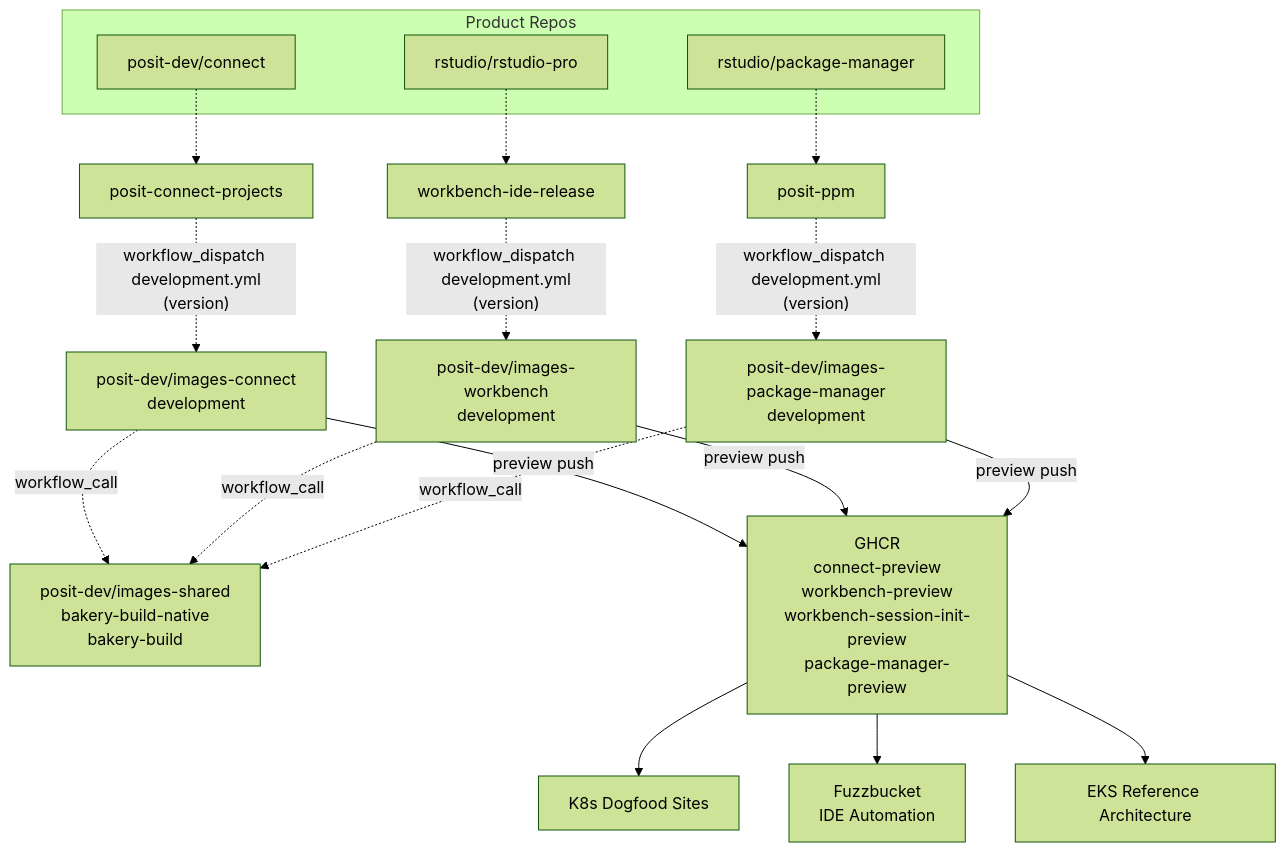
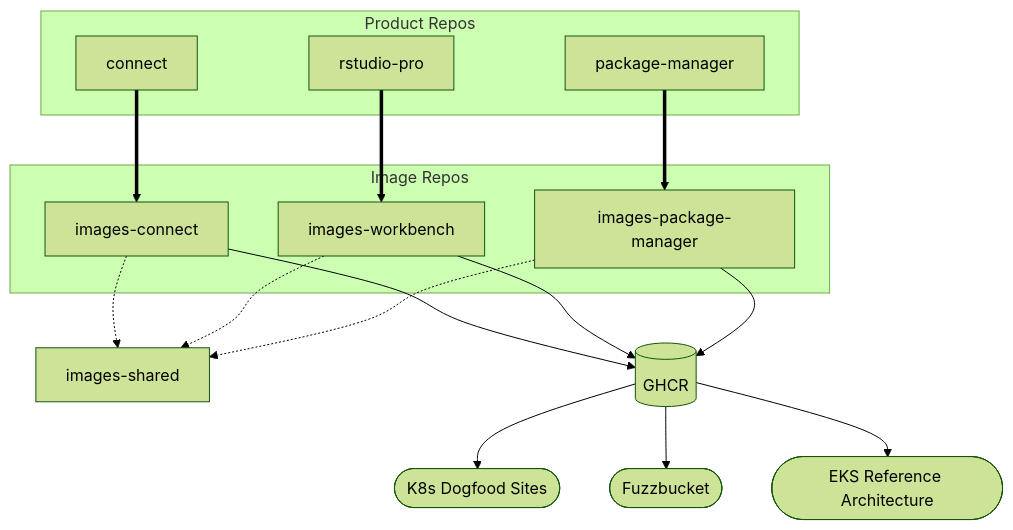
The third of 9 diagrams in posit-bakery/docs/cross-repo-workflows.qmd (posit-dev/images-shared), drawn with Mermaid (forest theme) before and after one commit. The commit also changed other lines of this file and 1 other file, not shown here.

First line of the commit message:
Update cross-repo workflow diagrams

````diff
--- a/posit-bakery/docs/cross-repo-workflows.qmd
+++ b/posit-bakery/docs/cross-repo-workflows.qmd
@@ -110,45 +103,35 @@
 ```{mermaid}
 %%| fig-cap: "Development / Preview Flow"
 graph TD
     subgraph "Product Repos"
-        CONNECT_PROD["posit-dev/connect"]
-        WORKBENCH_PROD["rstudio/rstudio-pro"]
-        PPM_PROD["rstudio/package-manager"]
+        CONNECT_PROD["connect"]
+        WORKBENCH_PROD["rstudio-pro"]
+        PPM_PROD["package-manager"]
     end
 
-    CONNECT_BOT["posit-connect-projects"]
-    WORKBENCH_BOT["workbench-ide-release"]
-    PPM_BOT["posit-ppm"]
+    CONNECT_PROD ==> IMG_CONNECT
+    WORKBENCH_PROD ==> IMG_WORKBENCH
+    PPM_PROD ==> IMG_PM
 
-    CONNECT_PROD -.-> CONNECT_BOT
-    WORKBENCH_PROD -.-> WORKBENCH_BOT
-    PPM_PROD -.-> PPM_BOT
+    subgraph "Image Repos"
+        IMG_CONNECT["images-connect"]
+        IMG_WORKBENCH["images-workbench"]
+        IMG_PM["images-package-manager"]
+    end
 
-    CONNECT_BOT -.->|"workflow_dispatch development.yml<br/>(version)"| IMG_CONNECT
-    WORKBENCH_BOT -.->|"workflow_dispatch development.yml<br/>(version)"| IMG_WORKBENCH
-    PPM_BOT -.->|"workflow_dispatch development.yml<br/>(version)"| IMG_PM
+    IMG_CONNECT -.-> SHARED
+    IMG_WORKBENCH -.-> SHARED
+    IMG_PM -.-> SHARED
 
-    SHARED["posit-dev/images-shared<br/>bakery-build-native<br/>bakery-build"]
+    SHARED["images-shared"]
 
-    IMG_CONNECT["posit-dev/images-connect<br/>development"]
-    IMG_WORKBENCH["posit-dev/images-workbench<br/>development"]
-    IMG_PM["posit-dev/images-package-manager<br/>development"]
+    IMG_CONNECT --> GHCR
+    IMG_WORKBENCH --> GHCR
+    IMG_PM --> GHCR
 
-    IMG_CONNECT -.->|workflow_call| SHARED
-    IMG_WORKBENCH -.->|workflow_call| SHARED
-    IMG_PM -.->|workflow_call| SHARED
+    GHCR[("GHCR")]
 
-    IMG_CONNECT -->|preview push| GHCR
-    IMG_WORKBENCH -->|preview push| GHCR
-    IMG_PM -->|preview push| GHCR
-
-    GHCR["GHCR<br/>connect-preview<br/>workbench-preview<br/>workbench-session-init-preview<br/>package-manager-preview"]
-
-    GHCR --> K8S
-    GHCR --> FUZZBUCKET
-    GHCR --> EKS_REF
-
-    K8S["K8s Dogfood Sites"]
-    FUZZBUCKET["Fuzzbucket<br/>IDE Automation"]
-    EKS_REF["EKS Reference Architecture"]
+    GHCR --> K8S(["K8s Dogfood Sites"])
+    GHCR --> FUZZBUCKET(["Fuzzbucket"])
+    GHCR --> EKS_REF(["EKS Reference Architecture"])
 ```
````
